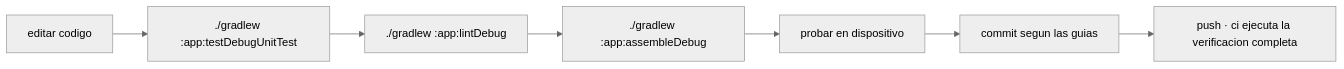
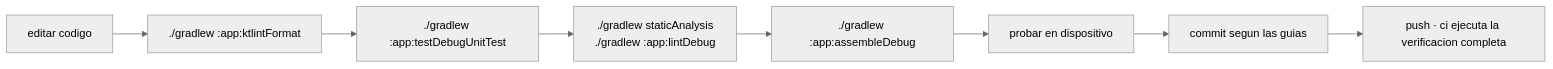
The diagram in documentation/es/desarrolladores/03-entorno-y-compilacion.md (rezzt-dev/focusphone-app), drawn with Mermaid (neutral theme) before and after one commit. The commit also changed other lines of this file and 76 other files, not shown here.

````diff
--- a/documentation/es/desarrolladores/03-entorno-y-compilacion.md
+++ b/documentation/es/desarrolladores/03-entorno-y-compilacion.md
@@ -318,9 +381,10 @@
 ```mermaid
 flowchart LR
-    A["editar codigo"] --> B["./gradlew :app:testDebugUnitTest"]
-    B --> C["./gradlew :app:lintDebug"]
+    A["editar codigo"] --> A2["./gradlew :app:ktlintFormat"]
+    A2 --> B["./gradlew :app:testDebugUnitTest"]
+    B --> C["./gradlew staticAnalysis<br>./gradlew :app:lintDebug"]
     C --> D["./gradlew :app:assembleDebug"]
     D --> E["probar en dispositivo"]
     E --> F["commit segun las guias"]
     F --> G["push · ci ejecuta la verificacion completa"]
 ```
````
